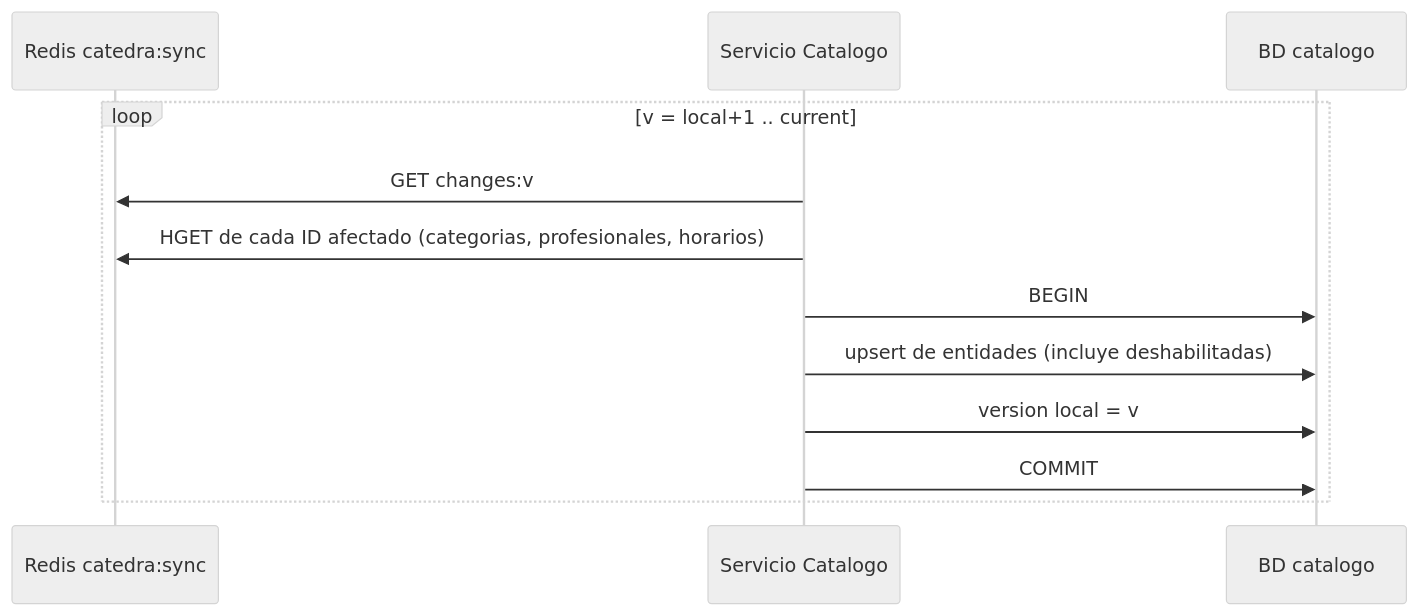
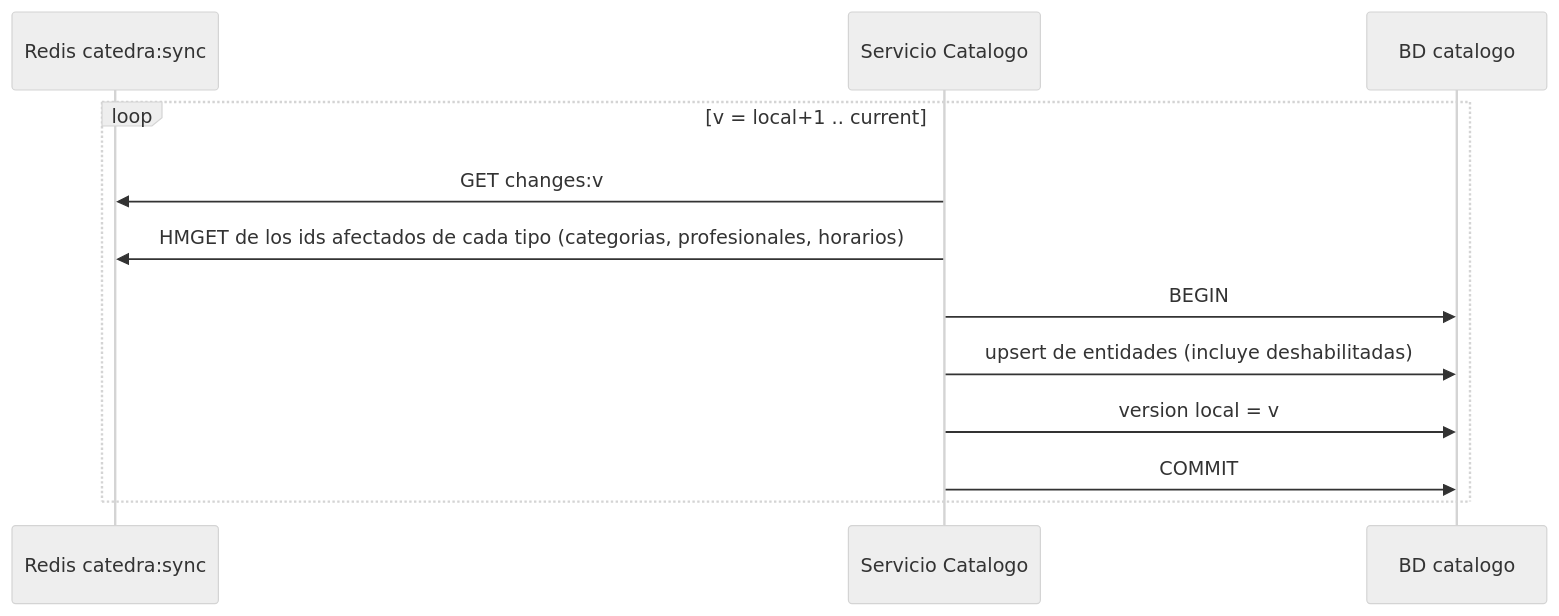
Before and after one commit to Prog2-fzapata/Documentacion: the second of 3 diagrams in diagramas/02-sincronizacion-catalogo.md, drawn with Mermaid (neutral theme). The commit also changed other lines of this file and 2 other files, not shown here.

Commit message:
docs: registra el cliente Redis, las claves configurables y una corrección (D63 a D67)
Registra D63 (puerto y lecturas del cliente Redis), D64 (configuración,
errores y salud de Redis) y D65 (rutas y claves de la cátedra como
configuración y no como constantes, criterio que se extiende a los topics
de Kafka de CAT-11). Registra D66 y corrige el diagrama 02: la condición
para sincronizar por incrementos es localVersion >= oldestAvailableVersion,
como pide el contrato (§14.2 y §18.2), y no la del borrador; además el
diagrama ahora muestra el HMGET de los ids afectados. Registra D67: todo PR
e issue lleva responsable, etiqueta, hito y proyecto (pedido del profesor)
y las descripciones de PR no llevan líneas de atribución, y agrega ese paso
a la skill repaso.

````diff
--- a/diagramas/02-sincronizacion-catalogo.md
+++ b/diagramas/02-sincronizacion-catalogo.md
@@ -28,15 +28,15 @@
 ```mermaid
 sequenceDiagram
     participant R as Redis catedra:sync
     participant C as Servicio Catalogo
     participant DB as BD catalogo
 
     loop v = local+1 .. current
         C->>R: GET changes:v
-        C->>R: HGET de cada ID afectado (categorias, profesionales, horarios)
+        C->>R: HMGET de los ids afectados de cada tipo (categorias, profesionales, horarios)
         C->>DB: BEGIN
         C->>DB: upsert de entidades (incluye deshabilitadas)
         C->>DB: version local = v
         C->>DB: COMMIT
     end
 ```
````
